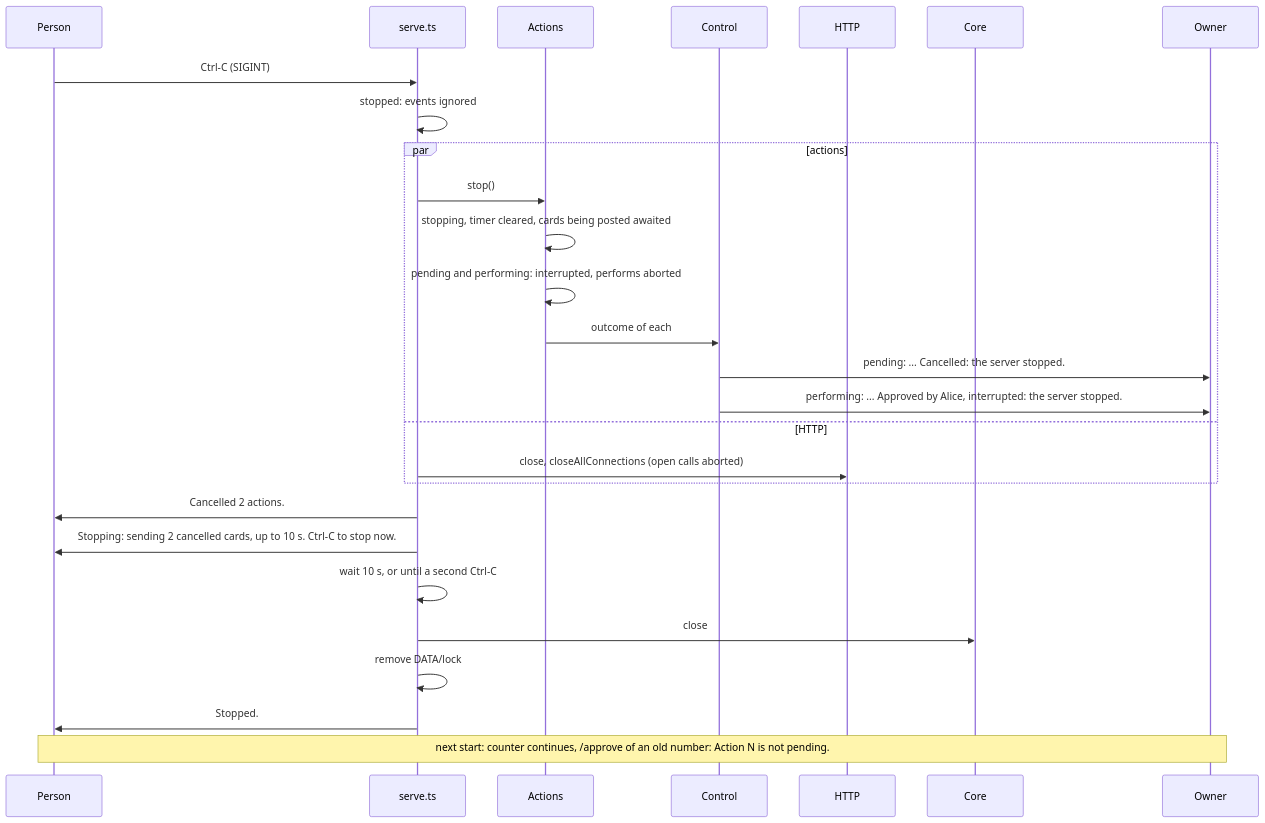
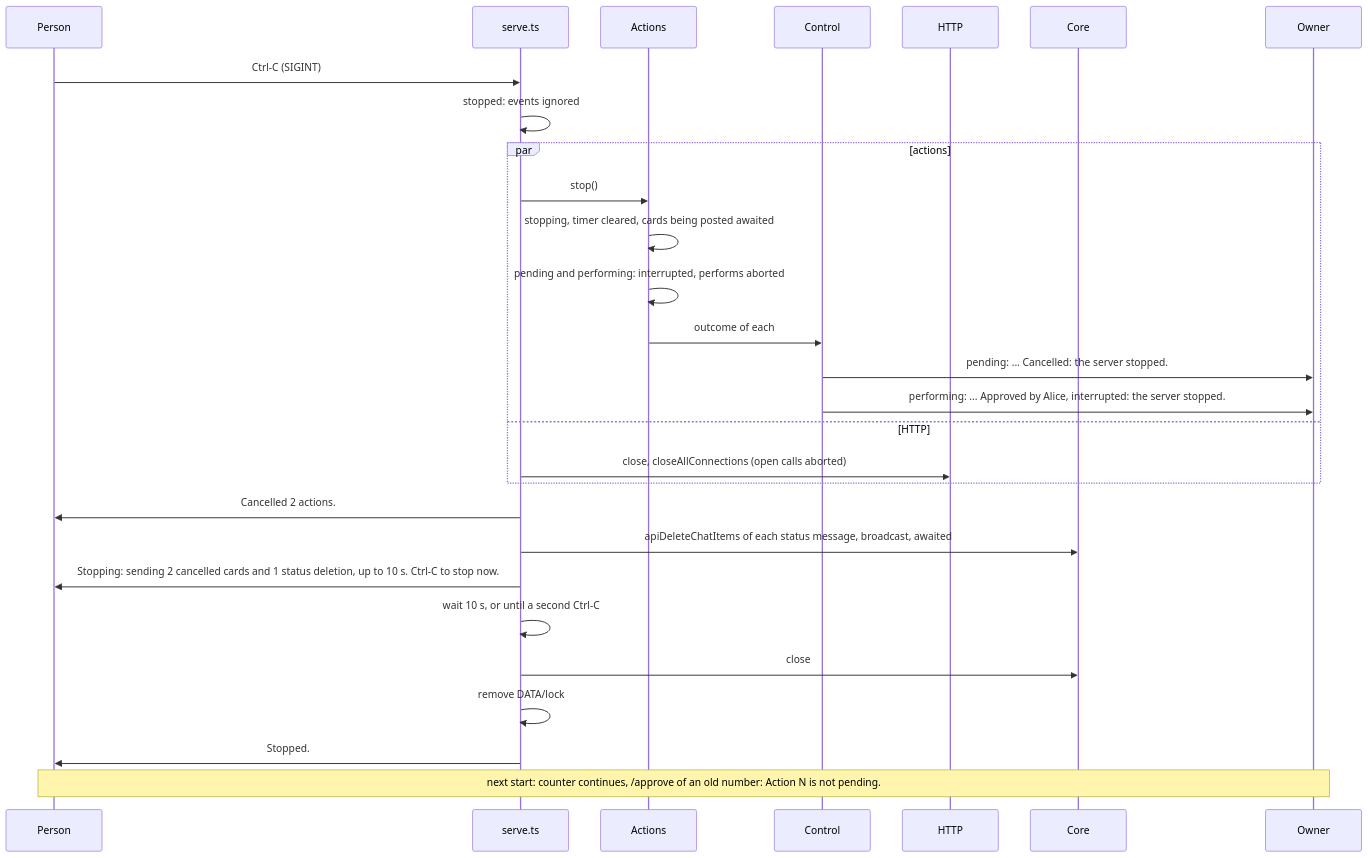
Diagram 11 of 17 in packages/simplex-chat-mcp/spec/flows.md (simplex-chat/simplex-chat), drawn with Mermaid before and after one commit. The commit also changed other lines of this file and 8 other files, not shown here.

````diff
--- a/packages/simplex-chat-mcp/spec/flows.md
+++ b/packages/simplex-chat-mcp/spec/flows.md
@@ -478,29 +487,30 @@
 ```mermaid
 sequenceDiagram
   participant P as Person
   participant S as serve.ts
   participant X as Actions
   participant K as Control
   participant H as HTTP
   participant C as Core
   participant O as Owner
   P->>S: Ctrl-C (SIGINT)
   S->>S: stopped: events ignored
   par actions
     S->>X: stop()
     X->>X: stopping, timer cleared, cards being posted awaited
     X->>X: pending and performing: interrupted, performs aborted
     X->>K: outcome of each
     K->>O: pending: ... Cancelled: the server stopped.
     K->>O: performing: ... Approved by Alice, interrupted: the server stopped.
   and HTTP
     S->>H: close, closeAllConnections (open calls aborted)
   end
   S->>P: Cancelled 2 actions.
-  S->>P: Stopping: sending 2 cancelled cards, up to 10 s. Ctrl-C to stop now.
+  S->>C: apiDeleteChatItems of each status message, broadcast, awaited
+  S->>P: Stopping: sending 2 cancelled cards and 1 status deletion, up to 10 s. Ctrl-C to stop now.
   S->>S: wait 10 s, or until a second Ctrl-C
   S->>C: close
   S->>S: remove DATA/lock
   S->>P: Stopped.
   Note over P,O: next start: counter continues, /approve of an old number: Action N is not pending.
 ```
````
